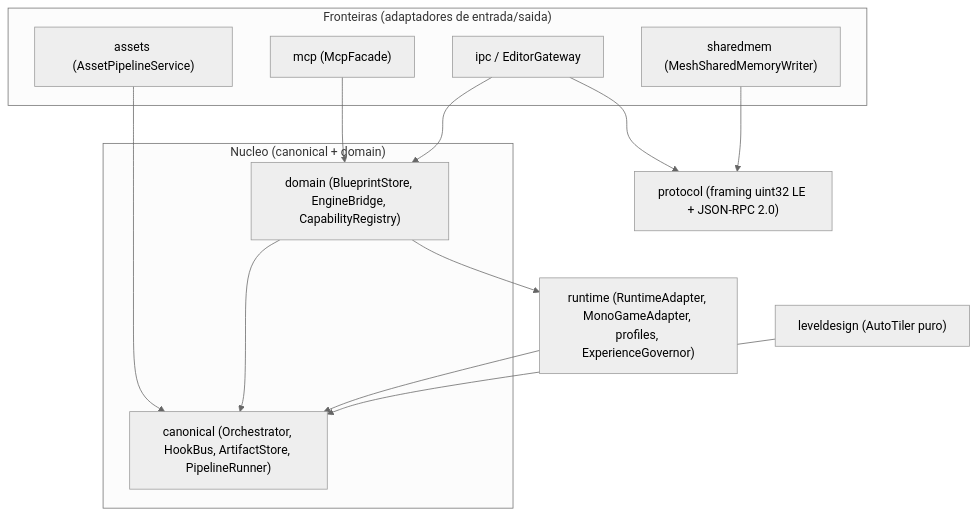
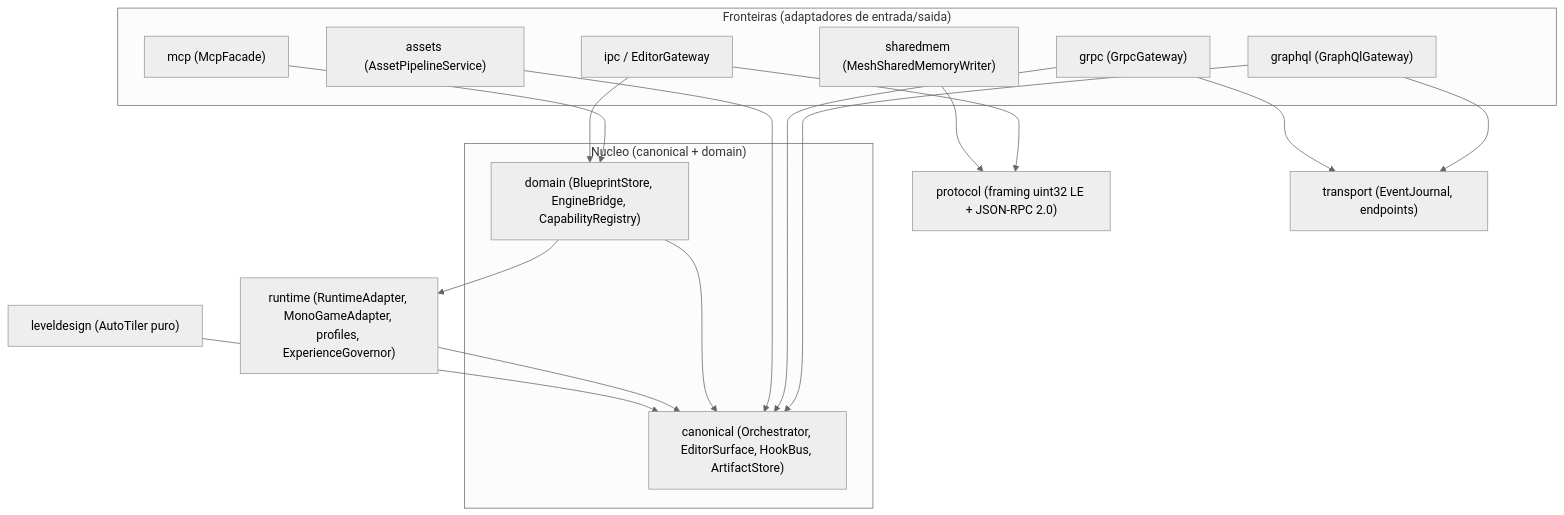
One commit to flaviotinococoutinho/Gridsmith changed the first of 4 diagrams in middleware/README.md. Above: the diagram before and after it, drawn with Mermaid (neutral theme). The commit also changed other lines of this file and 49 other files, not shown here.

````diff
--- a/middleware/README.md
+++ b/middleware/README.md
@@ -13,26 +13,33 @@
 ```mermaid
 graph TD
   subgraph OUT["Fronteiras (adaptadores de entrada/saida)"]
     MCP["mcp (McpFacade)"]
     IPC["ipc / EditorGateway"]
+    GQL["graphql (GraphQlGateway)"]
+    GRPC["grpc (GrpcGateway)"]
     ASSETS["assets (AssetPipelineService)"]
     SHM["sharedmem (MeshSharedMemoryWriter)"]
   end
   PROTO["protocol (framing uint32 LE + JSON-RPC 2.0)"]
+  TRANS["transport (EventJournal, endpoints)"]
   subgraph CORE["Nucleo (canonical + domain)"]
     DOM["domain (BlueprintStore, EngineBridge, CapabilityRegistry)"]
-    CANON["canonical (Orchestrator, HookBus, ArtifactStore, PipelineRunner)"]
+    CANON["canonical (Orchestrator, EditorSurface, HookBus, ArtifactStore)"]
   end
   RT["runtime (RuntimeAdapter, MonoGameAdapter, profiles, ExperienceGovernor)"]
   LD["leveldesign (AutoTiler puro)"]
 
   MCP --> DOM
   IPC --> PROTO
   IPC --> DOM
+  GQL --> CANON
+  GQL --> TRANS
+  GRPC --> CANON
+  GRPC --> TRANS
   ASSETS --> CANON
   SHM --> PROTO
   DOM --> CANON
   RT --> CANON
   DOM --> RT
   LD --> CANON
 ```
````
